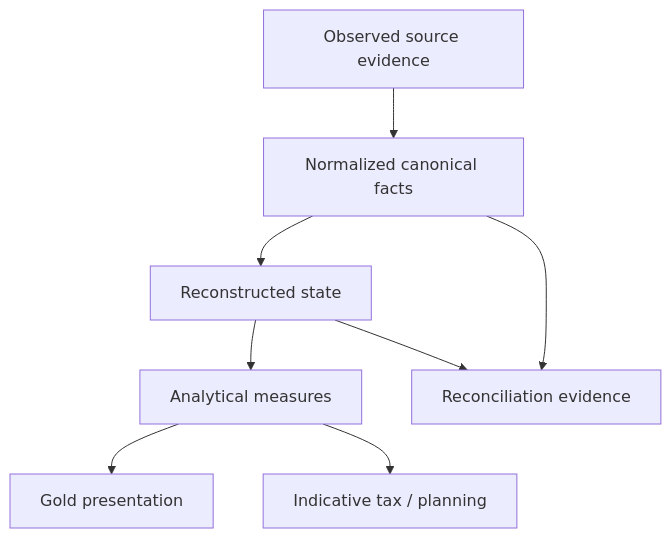
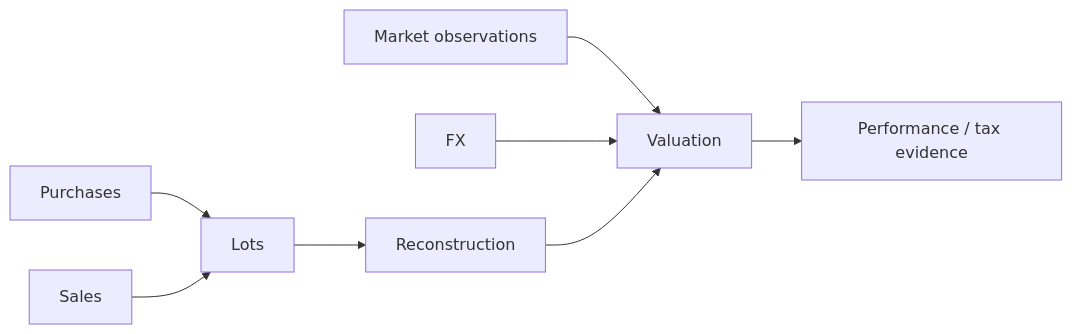
The fourth of 4 diagrams in docs/finance/README.md (tks18/personal-finance-etl), drawn with Mermaid before and after one commit. The commit also changed other lines of this file and 11 other files, not shown here.

````diff
--- a/docs/finance/README.md
+++ b/docs/finance/README.md
@@ -45,10 +80,18 @@
 ```mermaid
-flowchart TB
-    S[Observed source evidence] --> N[Normalized canonical facts]
-    N --> R[Reconstructed state]
-    R --> A[Analytical measures]
-    A --> G[Gold presentation]
-    N --> X[Reconciliation evidence]
-    R --> X
-    A --> T[Indicative tax / planning]
+flowchart LR
+    P["Purchases"]
+    S["Sales"]
+    M["Market observations"]
+    F["FX"]
+    L["Lots"]
+    R["Reconstruction"]
+    V["Valuation"]
+    X["Performance / tax evidence"]
+
+    P --> L
+    S --> L
+    L --> R
+    M --> V
+    F --> V
+    R --> V --> X
 ```
````
